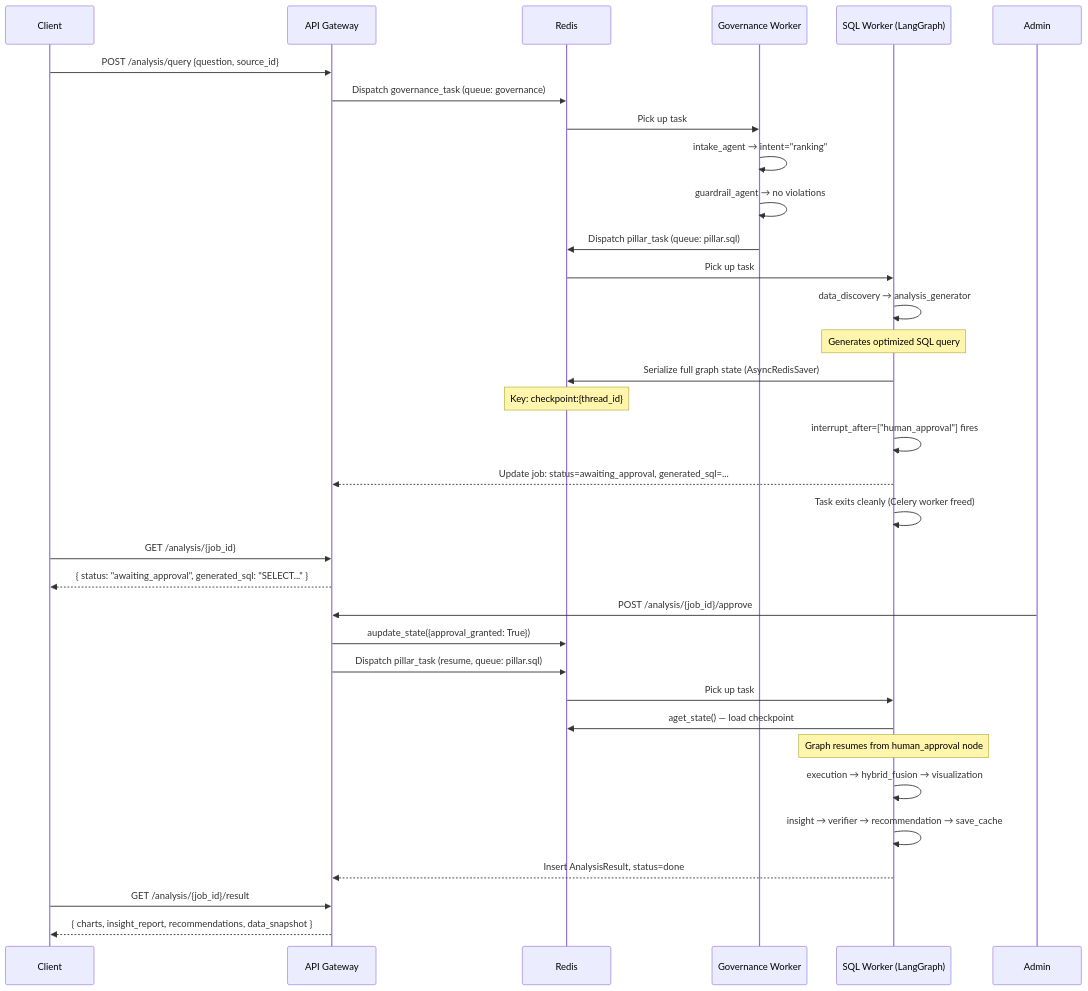
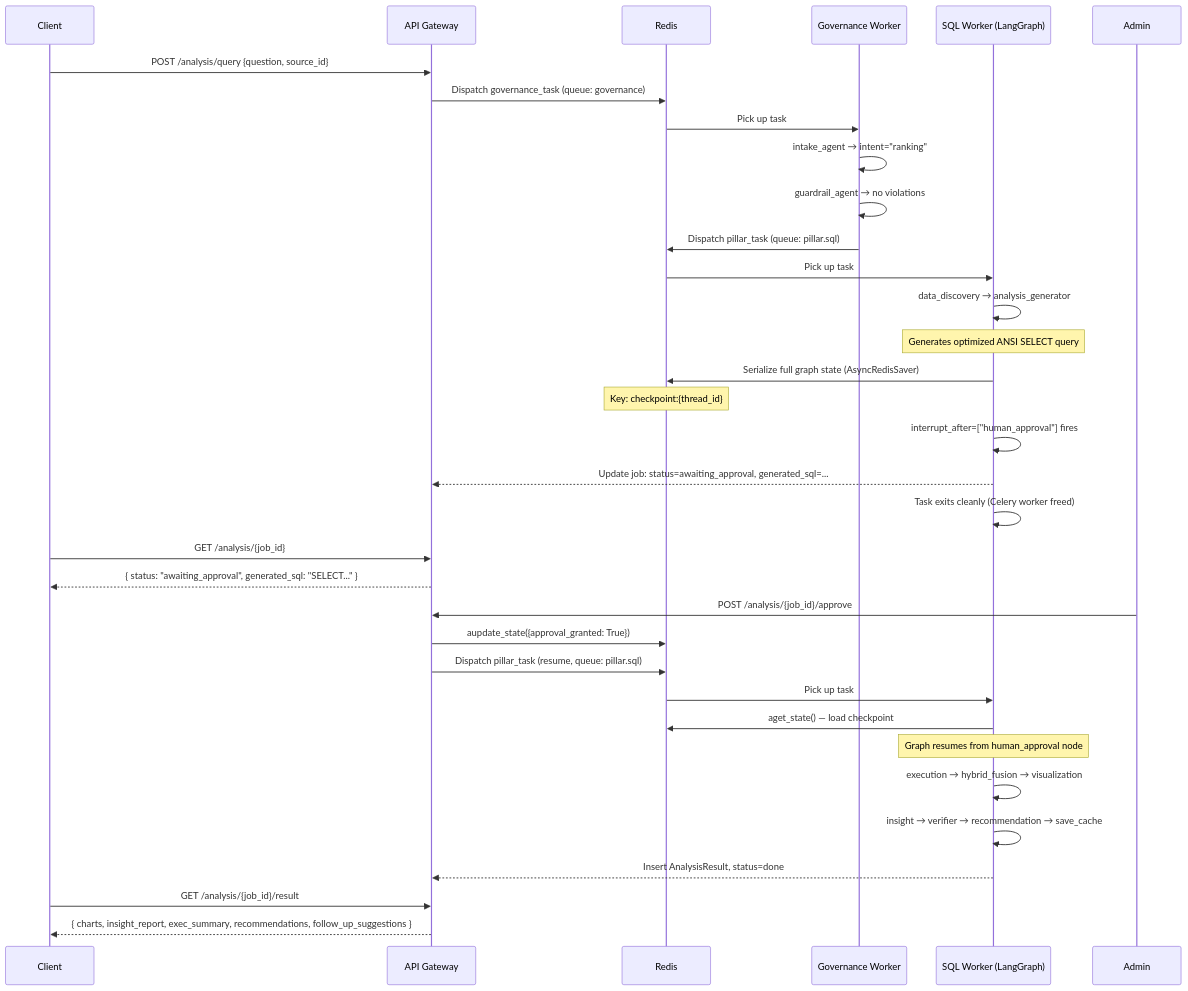
One commit to OmarAbdelhamidAly/OpenQ-Federated-Agentic-Intelligence-Platform changed the tenth of 13 diagrams in NTI_C4_DIAGRAMS.md. Above: the diagram before and after it, drawn with Mermaid. The commit also changed other lines of this file and 15 other files, not shown here.

````diff
--- a/NTI_C4_DIAGRAMS.md
+++ b/NTI_C4_DIAGRAMS.md
@@ -804,42 +951,42 @@
 ```mermaid
 sequenceDiagram
     participant Client
     participant API as API Gateway
     participant Redis
     participant Gov as Governance Worker
     participant SQLWorker as SQL Worker (LangGraph)
     participant Admin
 
     Client->>API: POST /analysis/query {question, source_id}
     API->>Redis: Dispatch governance_task (queue: governance)
     Redis->>Gov: Pick up task
     Gov->>Gov: intake_agent → intent="ranking"
     Gov->>Gov: guardrail_agent → no violations
     Gov->>Redis: Dispatch pillar_task (queue: pillar.sql)
 
     Redis->>SQLWorker: Pick up task
     SQLWorker->>SQLWorker: data_discovery → analysis_generator
-    Note over SQLWorker: Generates optimized SQL query
+    Note over SQLWorker: Generates optimized ANSI SELECT query
     SQLWorker->>Redis: Serialize full graph state (AsyncRedisSaver)
     Note over Redis: Key: checkpoint:{thread_id}
     SQLWorker->>SQLWorker: interrupt_after=["human_approval"] fires
     SQLWorker-->>API: Update job: status=awaiting_approval, generated_sql=...
     SQLWorker->>SQLWorker: Task exits cleanly (Celery worker freed)
 
     Client->>API: GET /analysis/{job_id}
     API-->>Client: { status: "awaiting_approval", generated_sql: "SELECT..." }
 
     Admin->>API: POST /analysis/{job_id}/approve
     API->>Redis: aupdate_state({approval_granted: True})
     API->>Redis: Dispatch pillar_task (resume, queue: pillar.sql)
     Redis->>SQLWorker: Pick up task
 
     SQLWorker->>Redis: aget_state() — load checkpoint
     Note over SQLWorker: Graph resumes from human_approval node
     SQLWorker->>SQLWorker: execution → hybrid_fusion → visualization
     SQLWorker->>SQLWorker: insight → verifier → recommendation → save_cache
     SQLWorker-->>API: Insert AnalysisResult, status=done
 
     Client->>API: GET /analysis/{job_id}/result
-    API-->>Client: { charts, insight_report, recommendations, data_snapshot }
+    API-->>Client: { charts, insight_report, exec_summary, recommendations, follow_up_suggestions }
 ```
````
